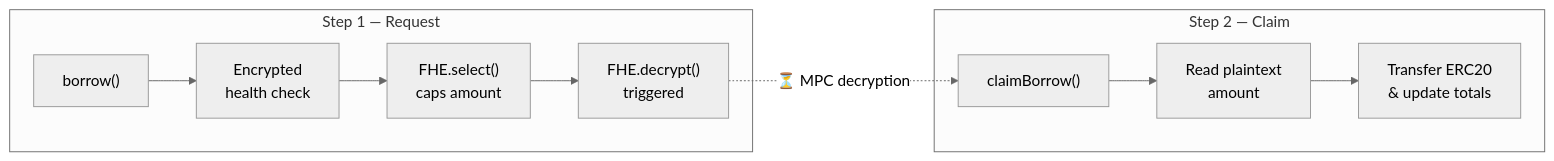
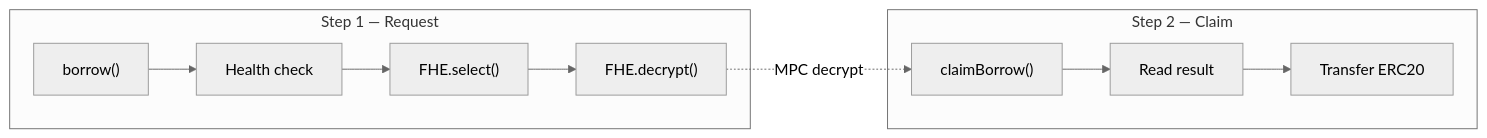
Before and after one commit to PhuocNG0308/fhield: the second of 2 diagrams in fhield-docs/docs/devdocs/Architecture/Protocol-Overview.md, drawn with Mermaid (neutral theme). The commit also changed other lines of this file and 24 other files, not shown here.

````diff
--- a/fhield-docs/docs/devdocs/Architecture/Protocol-Overview.md
+++ b/fhield-docs/docs/devdocs/Architecture/Protocol-Overview.md
@@ -62,12 +64,12 @@
 ```mermaid
 graph LR
     subgraph Step1["Step 1 — Request"]
-        A["borrow()"] --> B["Encrypted\nhealth check"] --> C["FHE.select()\ncaps amount"] --> D["FHE.decrypt()\ntriggered"]
+        A["borrow()"] --> B["Health check"] --> C["FHE.select()"] --> D["FHE.decrypt()"]
     end
 
-    D -.->|"⏳ MPC decryption"| E
+    D -.->|"MPC decrypt"| E
 
     subgraph Step2["Step 2 — Claim"]
-        E["claimBorrow()"] --> F["Read plaintext\namount"] --> G["Transfer ERC20\n& update totals"]
+        E["claimBorrow()"] --> F["Read result"] --> G["Transfer ERC20"]
     end
 ```
````
